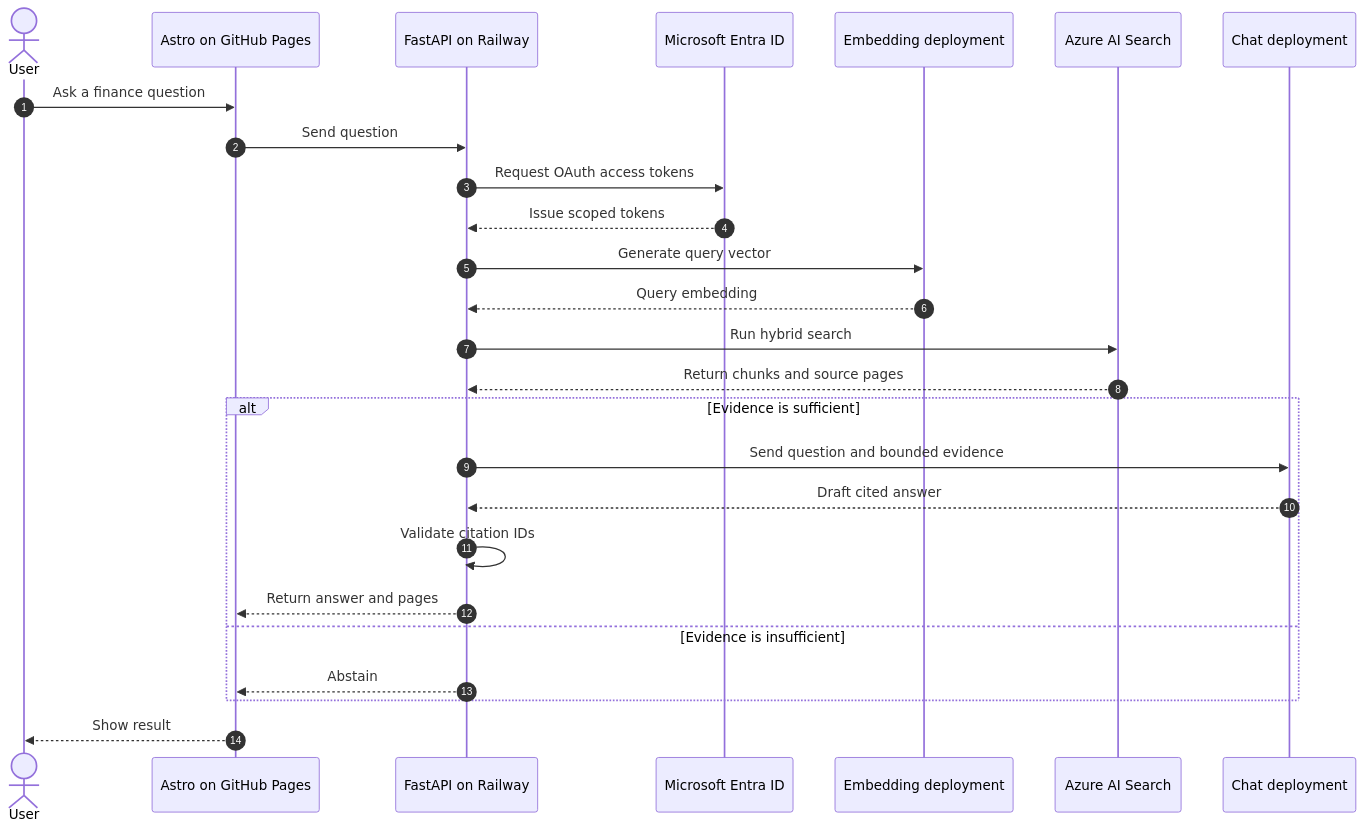
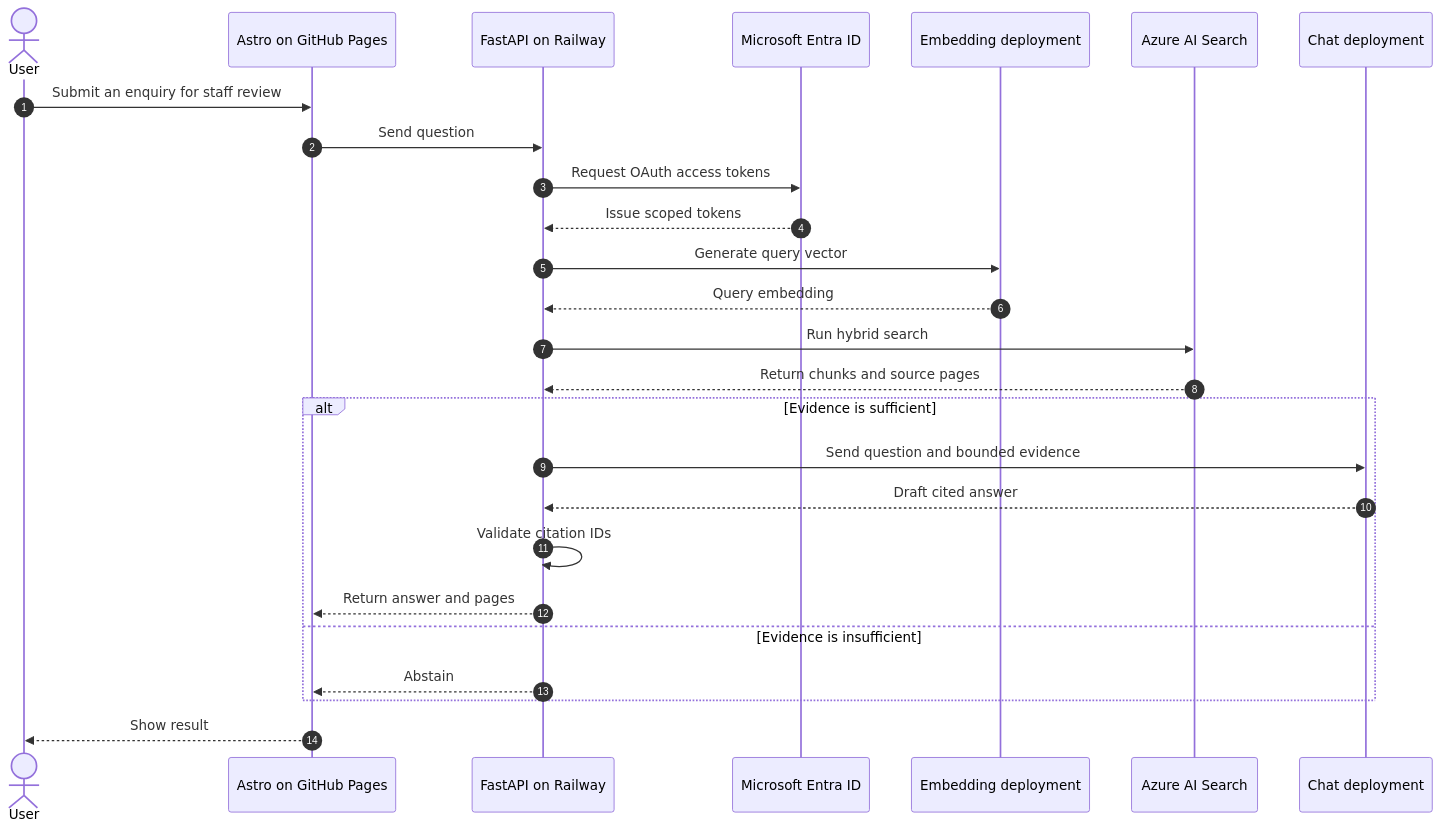
One commit to kenjihilasak/uol-finance-ai-assistant changed the third of 3 diagrams in docs/overview/project-architecture.md. Above: the diagram before and after it, drawn with Mermaid. The commit also changed other lines of this file and 22 other files, not shown here.

Commit message:
Expand corpus for staff enquiry triage

````diff
--- a/docs/overview/project-architecture.md
+++ b/docs/overview/project-architecture.md
@@ -109,31 +111,31 @@
 ```mermaid
 sequenceDiagram
     autonumber
     actor User
     participant UI as Astro on GitHub Pages
     participant API as FastAPI on Railway
     participant ID as Microsoft Entra ID
     participant EMB as Embedding deployment
     participant SEARCH as Azure AI Search
     participant LLM as Chat deployment
 
-    User->>UI: Ask a finance question
+    User->>UI: Submit an enquiry for staff review
     UI->>API: Send question
     API->>ID: Request OAuth access tokens
     ID-->>API: Issue scoped tokens
     API->>EMB: Generate query vector
     EMB-->>API: Query embedding
     API->>SEARCH: Run hybrid search
     SEARCH-->>API: Return chunks and source pages
 
     alt Evidence is sufficient
         API->>LLM: Send question and bounded evidence
         LLM-->>API: Draft cited answer
         API->>API: Validate citation IDs
         API-->>UI: Return answer and pages
     else Evidence is insufficient
         API-->>UI: Abstain
     end
 
     UI-->>User: Show result
 ```
````
